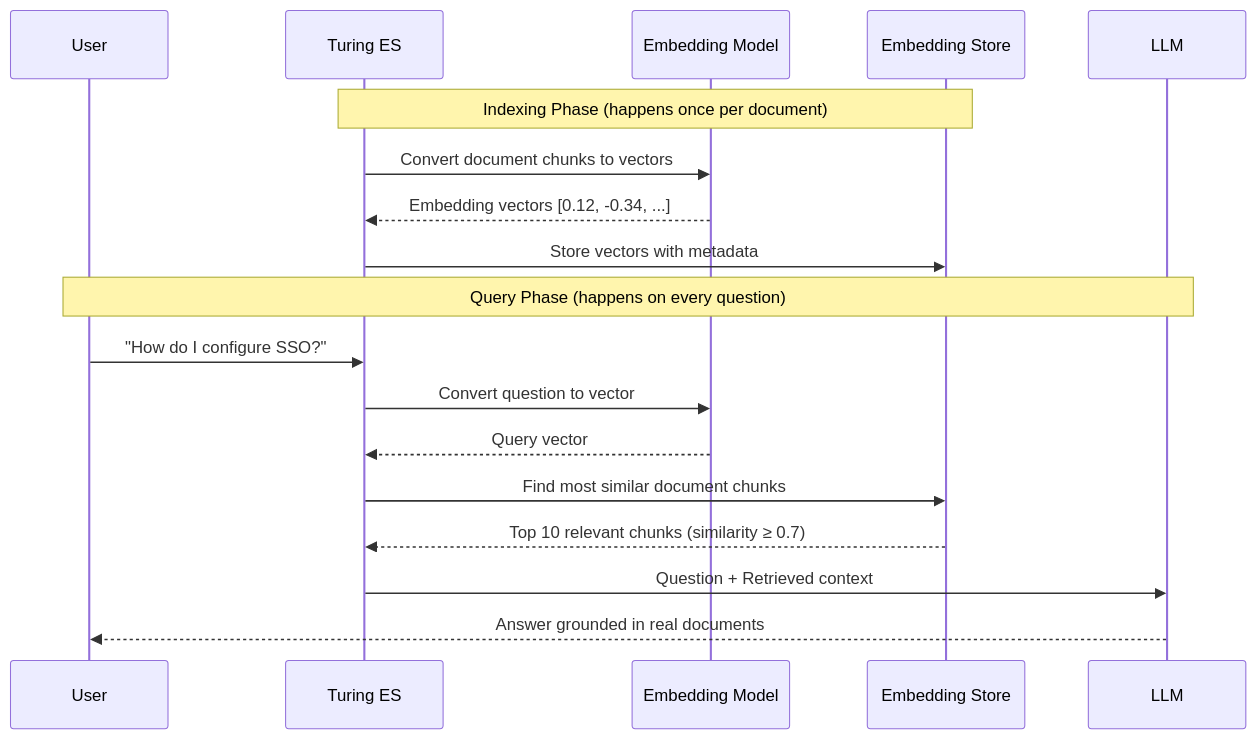
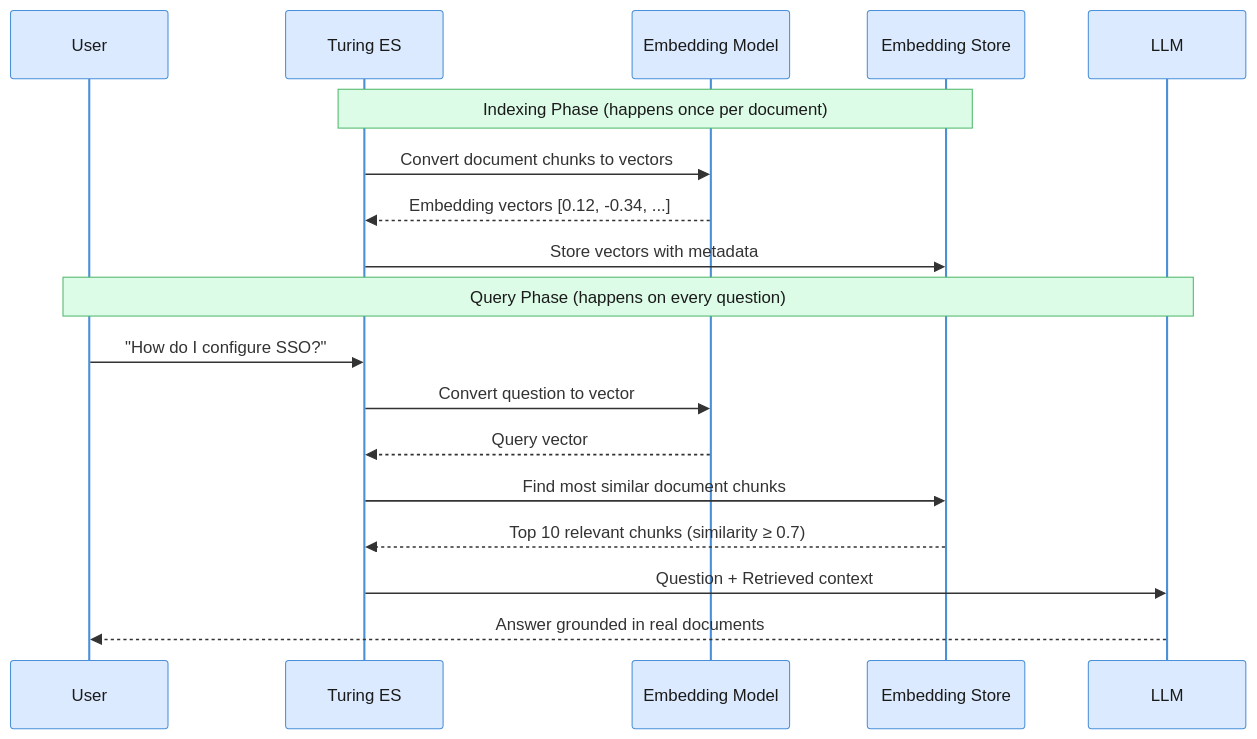
Before and after one commit to openviglet/docs: the first of 2 diagrams in docs-turing/rag.md, drawn with Mermaid. The commit also changed other lines of this file and 49 other files, not shown here.

First line of the commit message:
Standardize Mermaid diagrams and conventions

````diff
--- a/docs-turing/rag.md
+++ b/docs-turing/rag.md
@@ -30,22 +30,23 @@
 ```mermaid
+%%{init: {'theme': 'base', 'themeVariables': {'fontSize': '13px', 'actorBkg': '#dbeafe', 'actorBorder': '#4A90D9', 'actorTextColor': '#1a1a1a', 'activationBkgColor': '#ede9fe', 'activationBorderColor': '#9B6EC5', 'labelBoxBkgColor': '#fef3c7', 'labelBoxBorderColor': '#E8A838', 'labelTextColor': '#1a1a1a', 'loopTextColor': '#b07a1a', 'noteBkgColor': '#dcfce7', 'noteBorderColor': '#50B86C', 'noteTextColor': '#1a1a1a', 'signalColor': '#333', 'signalTextColor': '#333'}}}%%
 sequenceDiagram
     participant User
     participant Turing as Turing ES
     participant EmbModel as Embedding Model
     participant VectorDB as Embedding Store
     participant LLM as LLM
 
     Note over Turing,VectorDB: Indexing Phase (happens once per document)
     Turing->>EmbModel: Convert document chunks to vectors
     EmbModel-->>Turing: Embedding vectors [0.12, -0.34, ...]
     Turing->>VectorDB: Store vectors with metadata
 
     Note over User,LLM: Query Phase (happens on every question)
     User->>Turing: "How do I configure SSO?"
     Turing->>EmbModel: Convert question to vector
     EmbModel-->>Turing: Query vector
     Turing->>VectorDB: Find most similar document chunks
     VectorDB-->>Turing: Top 10 relevant chunks (similarity ≥ 0.7)
     Turing->>LLM: Question + Retrieved context
     LLM-->>User: Answer grounded in real documents
 ```
````
